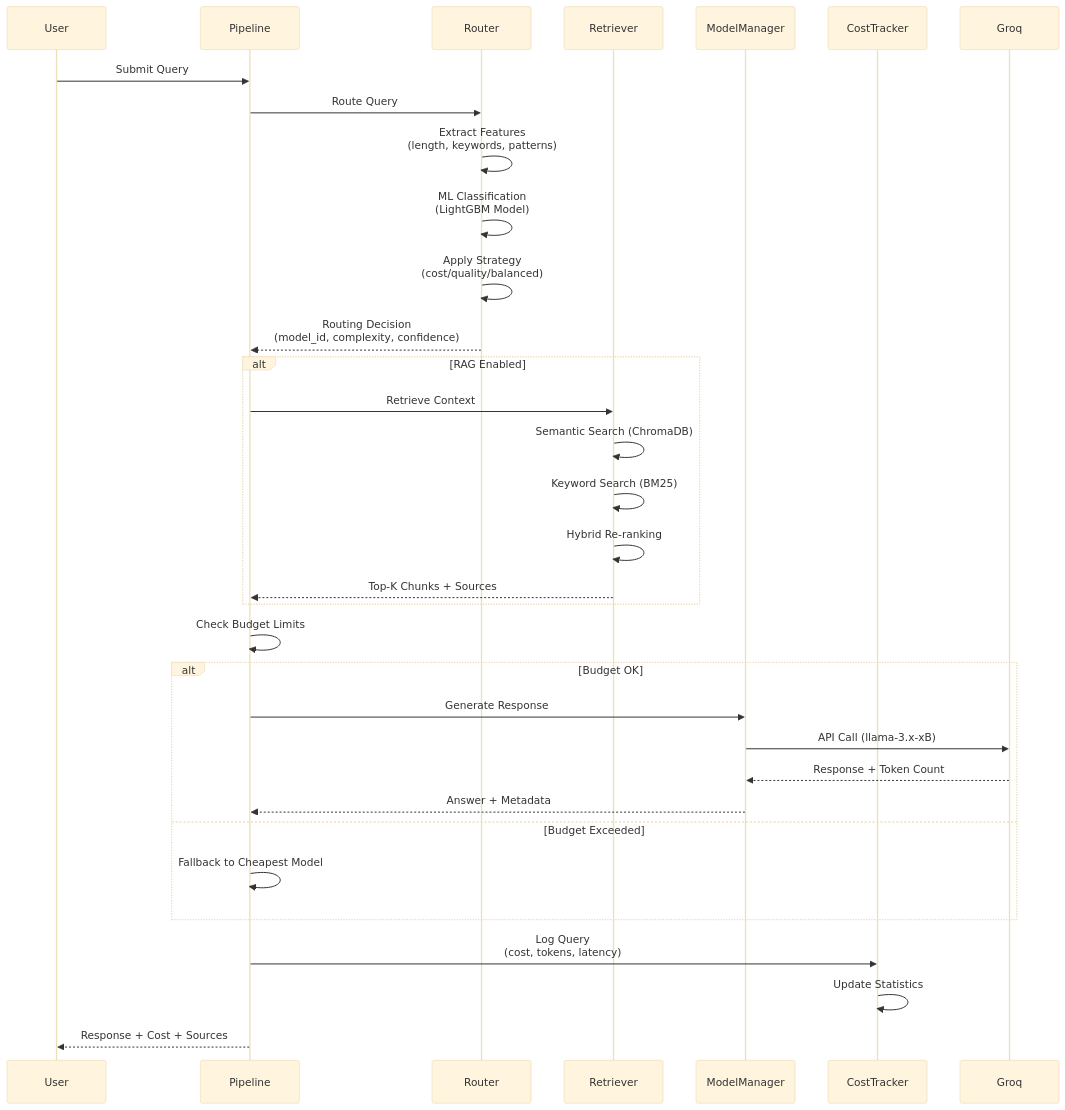
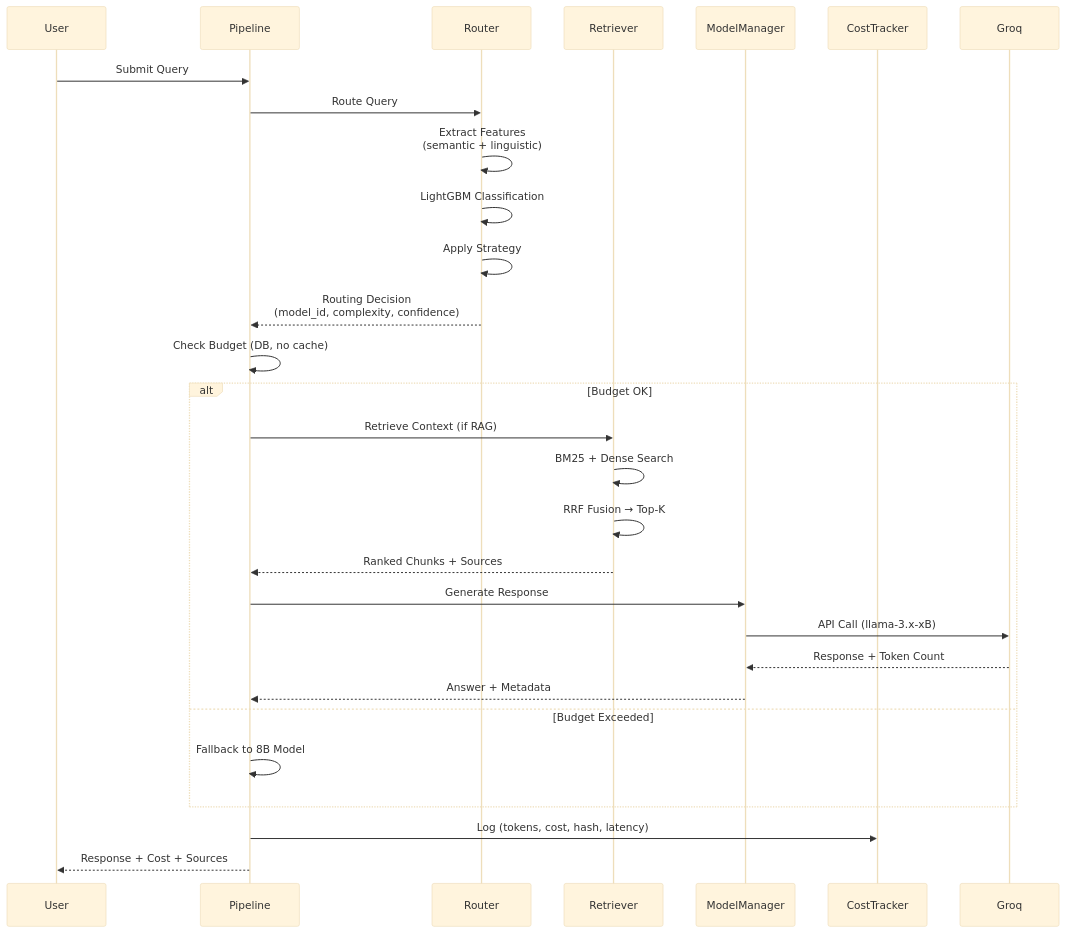
One commit to JavithNaseem-J/SmartRoute-AI changed the second of 3 diagrams in README.md. Above: the diagram before and after it, drawn with Mermaid (base theme). The commit also changed other lines of this file and 9 other files, not shown here.

````diff
--- a/README.md
+++ b/README.md
@@ -120,42 +120,36 @@
 ```mermaid
 sequenceDiagram
     participant User
     participant Pipeline
     participant Router
     participant Retriever
     participant ModelManager
     participant CostTracker
     participant Groq
 
     User->>Pipeline: Submit Query
     
     Pipeline->>Router: Route Query
-    Router->>Router: Extract Features<br/>(length, keywords, patterns)
-    Router->>Router: ML Classification<br/>(LightGBM Model)
-    Router->>Router: Apply Strategy<br/>(cost/quality/balanced)
+    Router->>Router: Extract Features<br/>(semantic + linguistic)
+    Router->>Router: LightGBM Classification
+    Router->>Router: Apply Strategy
     Router-->>Pipeline: Routing Decision<br/>(model_id, complexity, confidence)
     
-    alt RAG Enabled
-        Pipeline->>Retriever: Retrieve Context
-        Retriever->>Retriever: Semantic Search (ChromaDB)
-        Retriever->>Retriever: Keyword Search (BM25)
-        Retriever->>Retriever: Hybrid Re-ranking
-        Retriever-->>Pipeline: Top-K Chunks + Sources
-    end
-    
-    Pipeline->>Pipeline: Check Budget Limits
+    Pipeline->>Pipeline: Check Budget (DB, no cache)
     
     alt Budget OK
+        Pipeline->>Retriever: Retrieve Context (if RAG)
+        Retriever->>Retriever: BM25 + Dense Search
+        Retriever->>Retriever: RRF Fusion → Top-K
+        Retriever-->>Pipeline: Ranked Chunks + Sources
         Pipeline->>ModelManager: Generate Response
         ModelManager->>Groq: API Call (llama-3.x-xB)
         Groq-->>ModelManager: Response + Token Count
         ModelManager-->>Pipeline: Answer + Metadata
     else Budget Exceeded
-        Pipeline->>Pipeline: Fallback to Cheapest Model
+        Pipeline->>Pipeline: Fallback to 8B Model
     end
     
-    Pipeline->>CostTracker: Log Query<br/>(cost, tokens, latency)
-    CostTracker->>CostTracker: Update Statistics
-    
+    Pipeline->>CostTracker: Log (tokens, cost, hash, latency)
     Pipeline-->>User: Response + Cost + Sources
 ```
````
